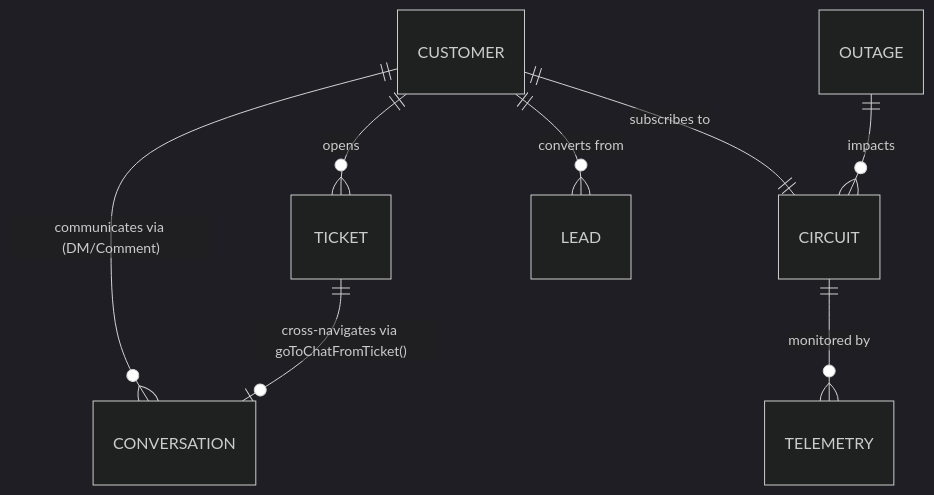
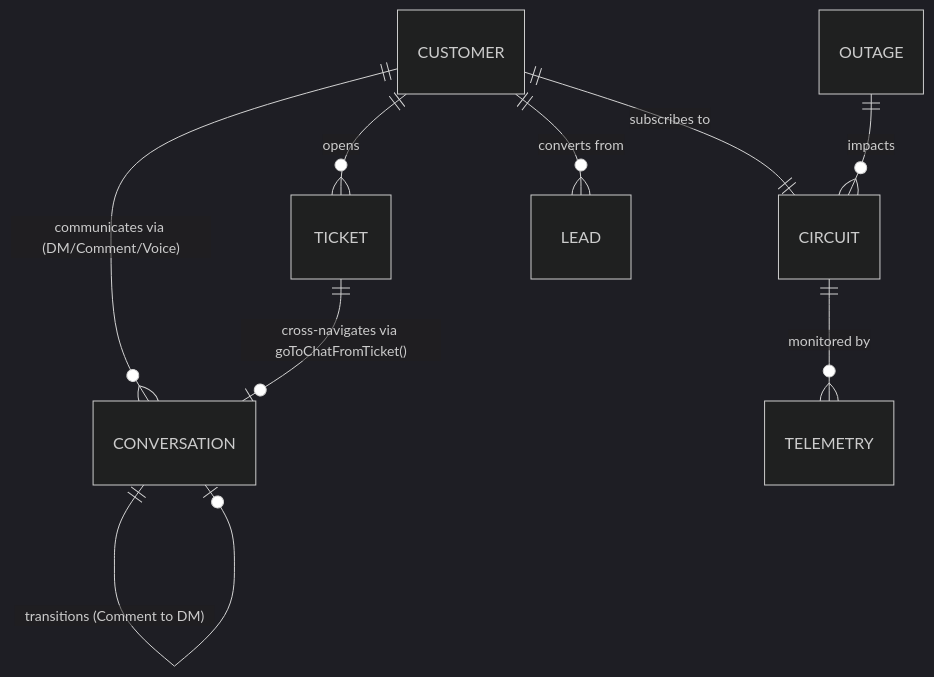
The diagram in docs/SHARED_DATA_CONTRACT.md (lEVI2889/spacenet), drawn with Mermaid (dark theme) before and after one commit. The commit also changed other lines of this file and 4 other files, not shown here.

````diff
--- a/docs/SHARED_DATA_CONTRACT.md
+++ b/docs/SHARED_DATA_CONTRACT.md
@@ -233,10 +277,11 @@
 ```mermaid
 erDiagram
-    CUSTOMER ||--o{ CONVERSATION : "communicates via (DM/Comment)"
+    CUSTOMER ||--o{ CONVERSATION : "communicates via (DM/Comment/Voice)"
     CUSTOMER ||--o{ TICKET : "opens"
     CUSTOMER ||--|| CIRCUIT : "subscribes to"
     CIRCUIT ||--o{ TELEMETRY : "monitored by"
     CUSTOMER ||--o{ LEAD : "converts from"
     TICKET ||--o| CONVERSATION : "cross-navigates via goToChatFromTicket()"
     OUTAGE ||--o{ CIRCUIT : "impacts"
+    CONVERSATION ||--o| CONVERSATION : "transitions (Comment to DM)"
 ```
````
